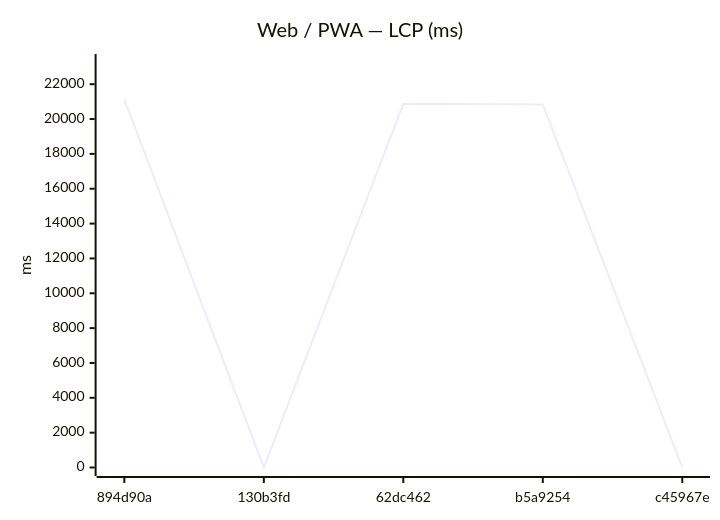
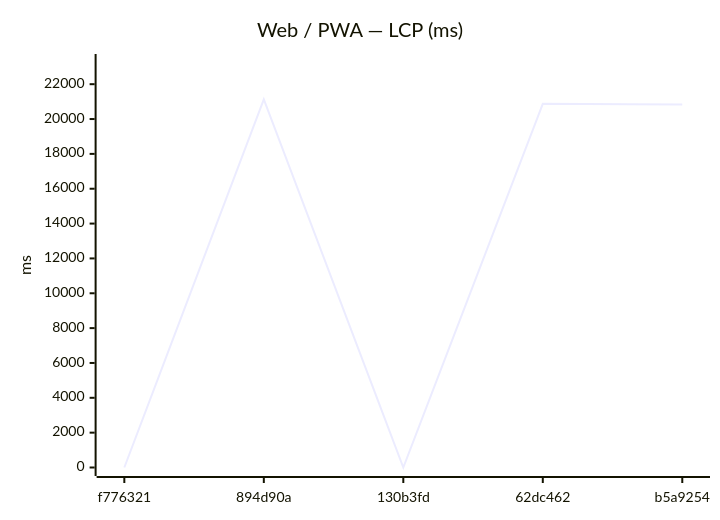
Before and after one commit to Metaheurist/Rianell: the seventh of 18 diagrams in benchmarks/compare.md, drawn with Mermaid. The commit also changed other lines of this file and 11 other files, not shown here.

````diff
--- a/benchmarks/compare.md
+++ b/benchmarks/compare.md
@@ -117,7 +117,7 @@
 ```mermaid
 xychart-beta
     title "Web / PWA — LCP (ms)"
-    x-axis ["894d90a", "130b3fd", "62dc462", "b5a9254", "c45967e"]
+    x-axis ["f776321", "894d90a", "130b3fd", "62dc462", "b5a9254"]
     y-axis "ms" 0 --> 23245
-    line [21131, 0, 20871, 20837, 0]
+    line [0, 21131, 0, 20871, 20837]
 ```
````
